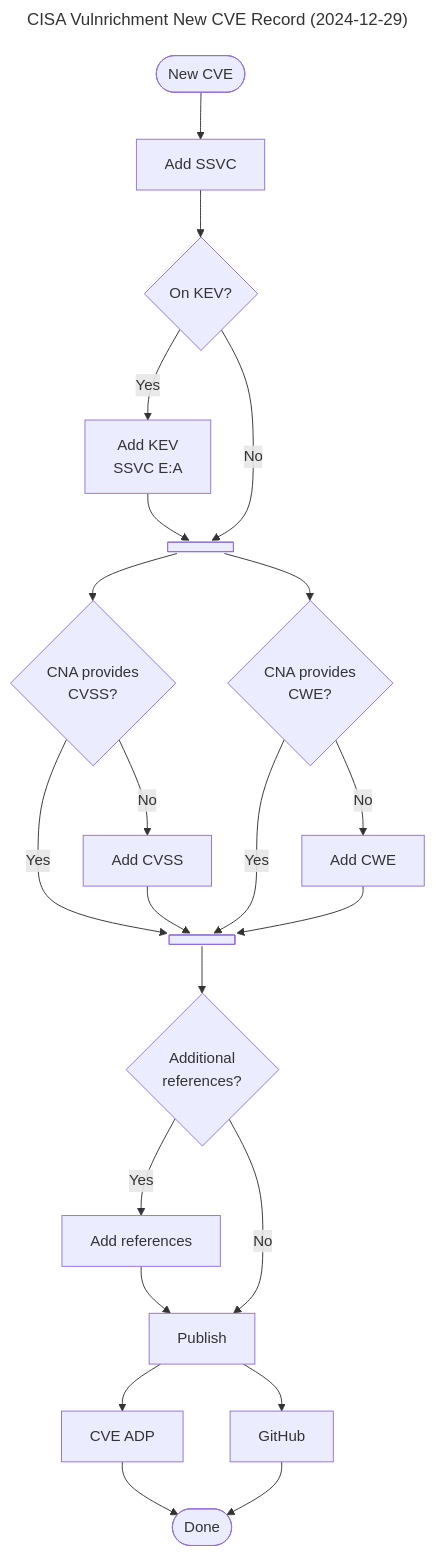
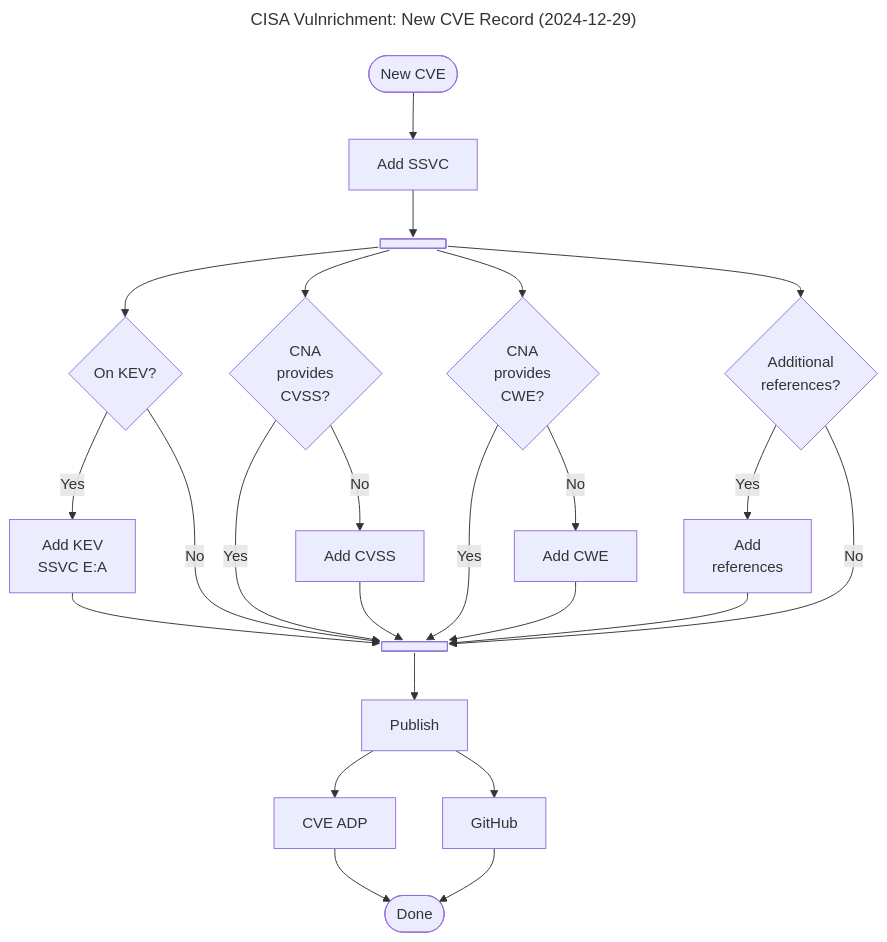
One commit to amanion-cisa/vulnrichment changed the first of 2 diagrams in flowcharts.md. Above: the diagram before and after it, drawn with Mermaid. The commit also changed other lines of this file, not shown here.

Commit message:
more parallel

````diff
--- a/flowcharts.md
+++ b/flowcharts.md
@@ -5,43 +14,45 @@
 ```mermaid
 ---
-title: "CISA Vulnrichment New CVE Record (2024-12-29)"
+title: "CISA Vulnrichment: New CVE Record (2024-12-29)"
 ---
 flowchart TD
     new_CVE@{ shape: stadium, label: "New CVE"}
     add_SSVC@{ shape: rect, label: "Add SSVC" }
+    fork@{ shape: fork }
     on_KEV@{ shape: diamond, label: "On KEV?" }
     add_KEV@{ shape: rectangle, label: "Add KEV \n SSVC E:A" }
-    fork@{ shape: fork }
-    cna_CVSS@{ shape: diamond, label: "CNA provides \n CVSS?" }
-    cna_CWE@{ shape: diamond, label: "CNA provides \n CWE?" }
+    cna_CVSS@{ shape: diamond, label: "CNA \n provides \n CVSS?" }
     add_CVSS@{ shape: rectangle, label: "Add CVSS" }
+    cna_CWE@{ shape: diamond, label: "CNA \n provides \n CWE?" }
     add_CWE@{ shape: rectangle, label: "Add CWE" }
+    new_refs@{ shape: diamond, label: "Additional \n references?" }
+    add_refs@{ shape: rectangle, label: "Add \n references"}
     join@{ shape: join }
-    new_refs@{ shape: diamond, label: "Additional \n references?" }
-    add_refs@{ shape: rectangle, label: "Add references"}
     publish@{ shape: rectangle, label: "Publish" }
     adp@{ shape: rectangle, label: "CVE ADP" }
     github@{ shape: rectangle, label: "GitHub" }
     done@{ shape: stadium, label: "Done"}
     new_CVE --> add_SSVC
-    add_SSVC --> on_KEV
-    on_KEV --> | Yes | add_KEV
-    on_KEV --> | No | fork
-    add_KEV --> fork
+    add_SSVC --> fork
+    fork --> on_KEV
     fork --> cna_CVSS
     fork --> cna_CWE
+    fork --> new_refs
+    on_KEV --> | Yes | add_KEV
+    add_KEV --> join
+    on_KEV --> | No | join
     cna_CVSS --> | Yes | join
     cna_CVSS --> | No | add_CVSS
+    add_CVSS --> join
     cna_CWE --> | Yes | join
     cna_CWE --> | No | add_CWE
-    add_CVSS --> join
     add_CWE --> join
-    join --> new_refs
     new_refs --> | Yes | add_refs
-    new_refs --> | No | publish
-    add_refs --> publish
+    add_refs --> join
+    new_refs --> | No | join
+    join --> publish
     publish --> adp
     publish --> github
     adp --> done
     github --> done
 ```
````
